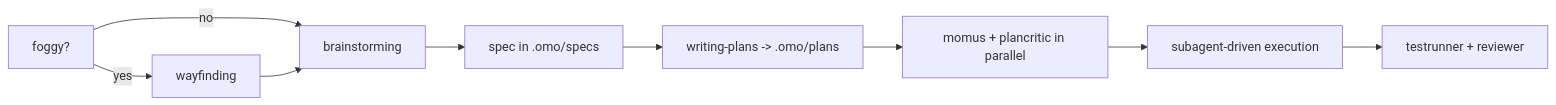
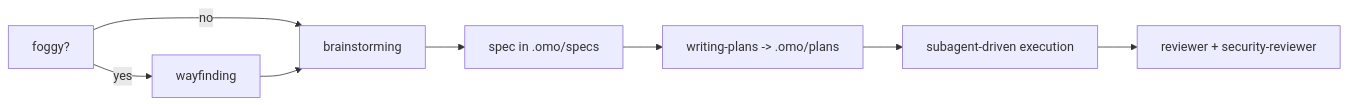
The diagram in README.md (ismaelga/omp-config), drawn with Mermaid before and after one commit. The commit also changed other lines of this file, not shown here.

````diff
--- a/README.md
+++ b/README.md
@@ -282,11 +246,10 @@
 ```mermaid
 graph LR
   A[foggy?] -->|yes| W[wayfinding]
   A -->|no| B[brainstorming]
   W --> B
   B --> S[spec in .omo/specs]
   S --> P[writing-plans -> .omo/plans]
-  P --> R[momus + plancritic in parallel]
-  R --> X[subagent-driven execution]
-  X --> V[testrunner + reviewer]
+  P --> X[subagent-driven execution]
+  X --> R[reviewer + security-reviewer]
 ```
````
